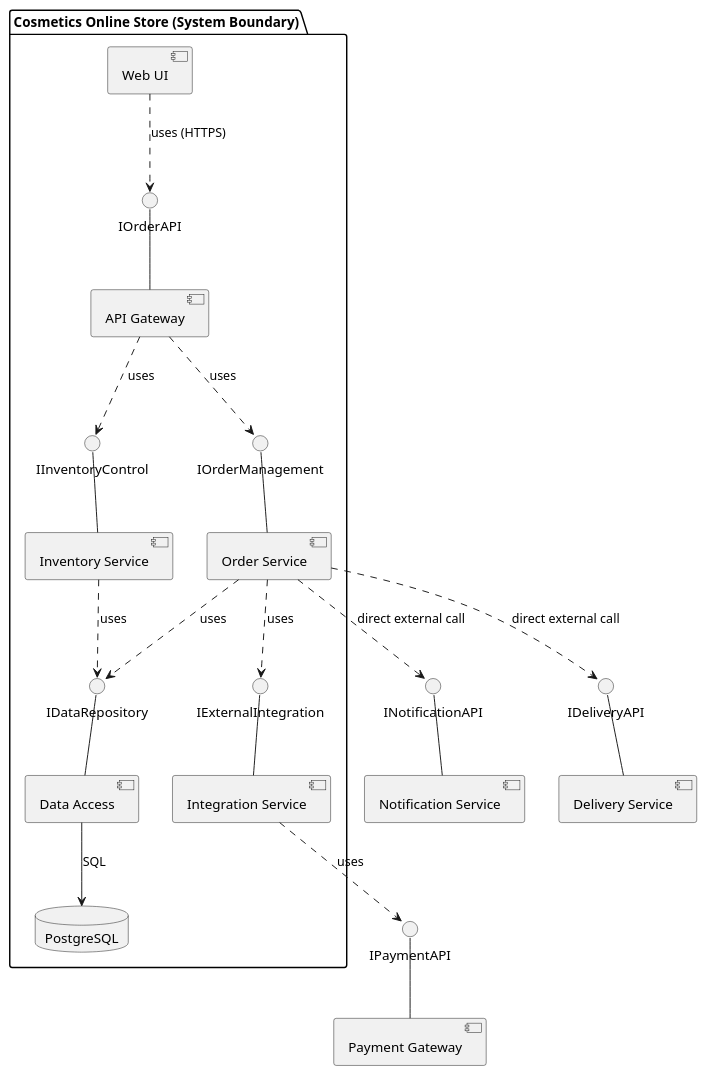
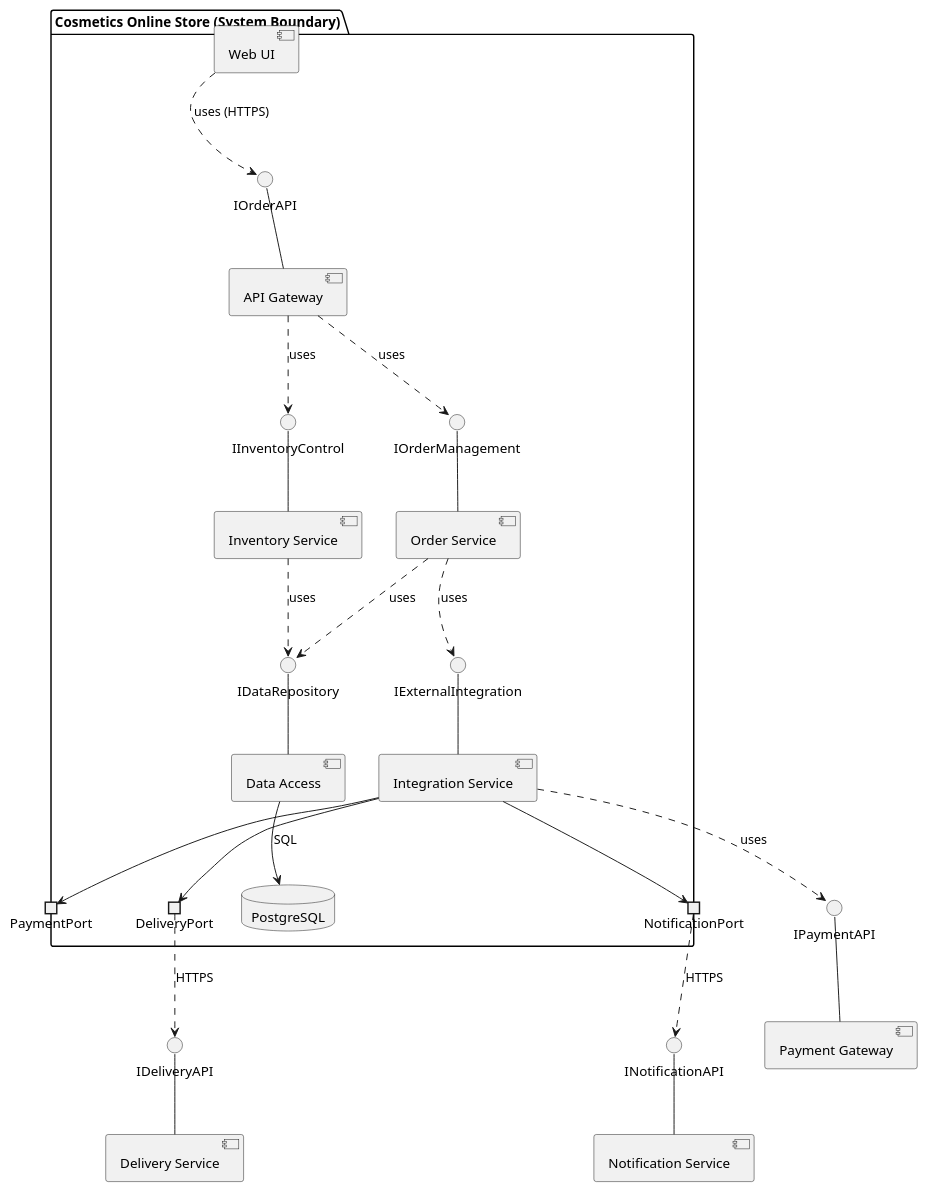
Before and after one commit to sofiisunn/KPI: the diagram in components.puml, drawn with PlantUML.

Commit message:
Add ports and update service connections in components
Added ports for Payment, Delivery, and Notification services and updated their connections.

```diff
--- a/components.puml
+++ b/components.puml
@@ -1,57 +1,65 @@
 @startuml
 top to bottom direction
 skinparam componentStyle uml2
 
 package "Cosmetics Online Store (System Boundary)" {
   
   component [Web UI] as UI
   
   component [API Gateway] as API
   interface "IOrderAPI" as i_api
   
   API -up- i_api
   UI ..> i_api : uses (HTTPS)
 
   component [Order Service] as OrderSvc
   component [Inventory Service] as InvSvc
   component [Integration Service] as IntSvc
 
   interface "IOrderManagement" as i_order
   interface "IInventoryControl" as i_inv
   interface "IExternalIntegration" as i_int
 
   OrderSvc -up- i_order
   InvSvc -up- i_inv
   IntSvc -up- i_int
 
   API ..> i_order : uses
   API ..> i_inv : uses
   OrderSvc ..> i_int : uses
 
   component [Data Access] as DAL
   interface "IDataRepository" as i_dal
   DAL -up- i_dal
   OrderSvc ..> i_dal : uses
   InvSvc ..> i_dal : uses
 
   database "PostgreSQL" as DB
   DAL --> DB : SQL
-  }
+
+  portout "PaymentPort" as p_pay
+  portout "DeliveryPort" as p_del
+  portout "NotificationPort" as p_notif
+
+  IntSvc --> p_pay
+  IntSvc --> p_del
+  IntSvc --> p_notif
+
+}
 
 component [Payment Gateway] as PayGw
 interface "IPaymentAPI" as i_pay
 PayGw -up- i_pay
 IntSvc ..> i_pay : uses
   
 component [Delivery Service] as DelSvc
 interface "IDeliveryAPI" as i_del
 DelSvc -up- i_del
+p_del ..> i_del : HTTPS
     
 component [Notification Service] as NotifSvc
 interface "INotificationAPI" as i_notif
 NotifSvc -up- i_notif
+p_notif ..> i_notif : HTTPS
     
-OrderSvc ..> i_del : direct external call
-OrderSvc ..> i_notif : direct external call
-
 @enduml
```
